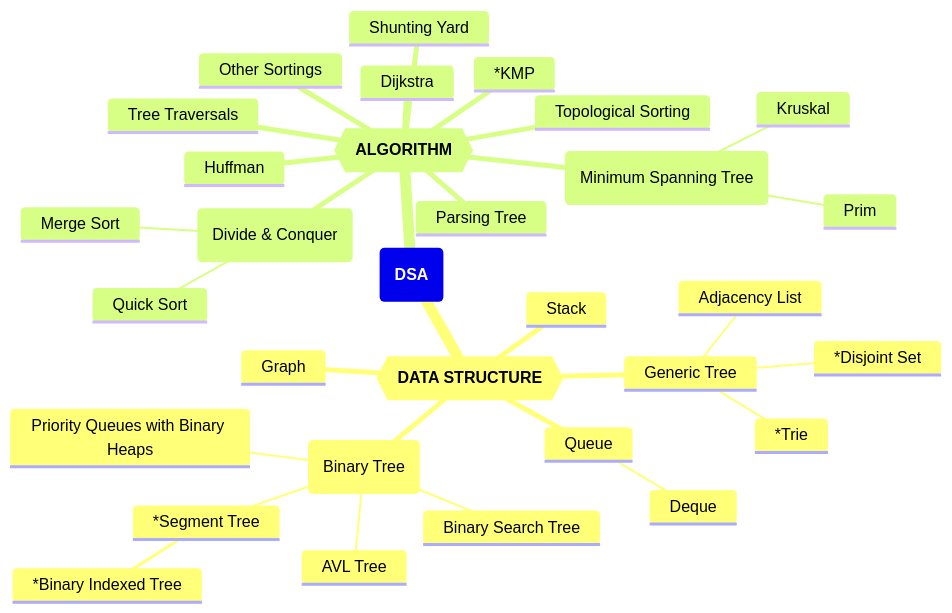
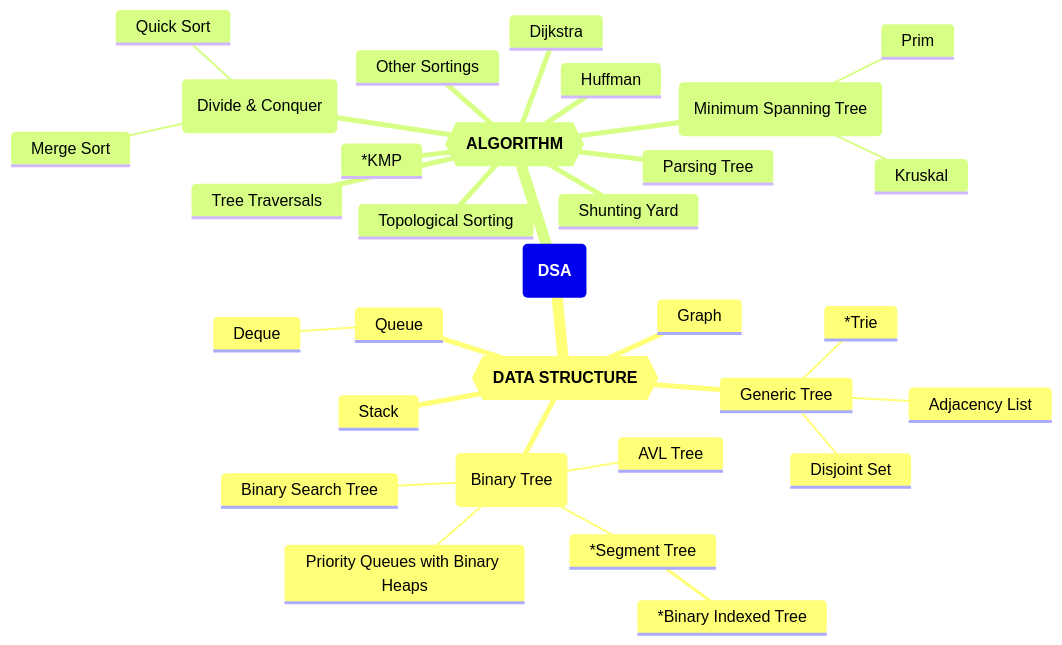
One commit to GMyhf/2024spring-cs201 changed the first of 2 diagrams in dsa_mindmap.md. Above: the diagram before and after it, drawn with Mermaid.

````diff
--- a/dsa_mindmap.md
+++ b/dsa_mindmap.md
@@ -15,35 +15,35 @@
 ```mermaid
 mindmap
   root(**DSA**)
     Structure{{**DATA STRUCTURE**}}
     	Stack
     	Queue
     		Deque
     	Generic Tree
     		Adjacency List
-    		*Disjoint Set
+    		Disjoint Set
     		*Trie
     	Binary Tree(Binary Tree)
     		Priority Queues with Binary Heaps
     		Binary Search Tree
     		AVL Tree
     		*Segment Tree
     			*Binary Indexed Tree
     	Graph
       
     Algorithm{{**ALGORITHM**}}
     	Other Sortings
     	DC(Divide & Conquer)
     		Quick Sort
     		Merge Sort
     	Shunting Yard
     	Parsing Tree
     	Tree Traversals
     	Huffman
     	Dijkstra
     	Topological Sorting
     	MST(Minimum Spanning Tree)
     		Prim
     		Kruskal
     	*KMP
 ```
````
